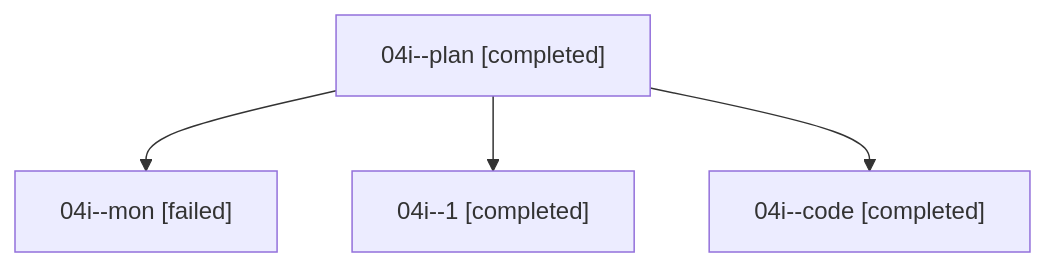
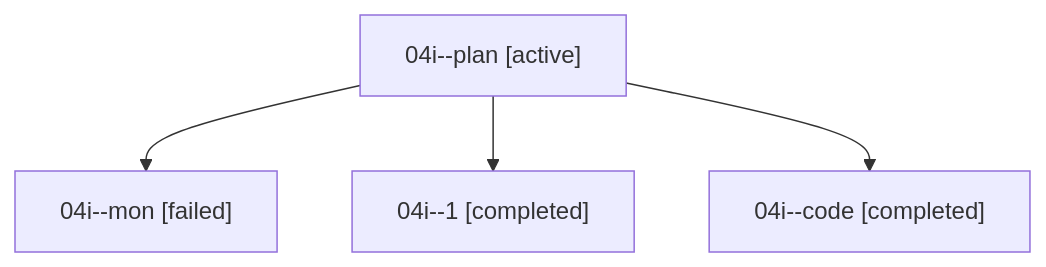
One commit to sase-org/sase--agents changed the diagram in families/bbugyi200.athena.04i.md. Above: the diagram before and after it, drawn with Mermaid. The commit also changed other lines of this file and 35830 other files, not shown here.

````diff
--- a/families/bbugyi200.athena.04i.md
+++ b/families/bbugyi200.athena.04i.md
@@ -9,10 +9,10 @@
 ```mermaid
 flowchart TD
-  n0["04i--plan [completed]"]
+  n0["04i--plan [active]"]
   n1["04i--mon [failed]"]
   n0 --> n1
   n2["04i--1 [completed]"]
   n0 --> n2
   n3["04i--code [completed]"]
   n0 --> n3
 ```
````
